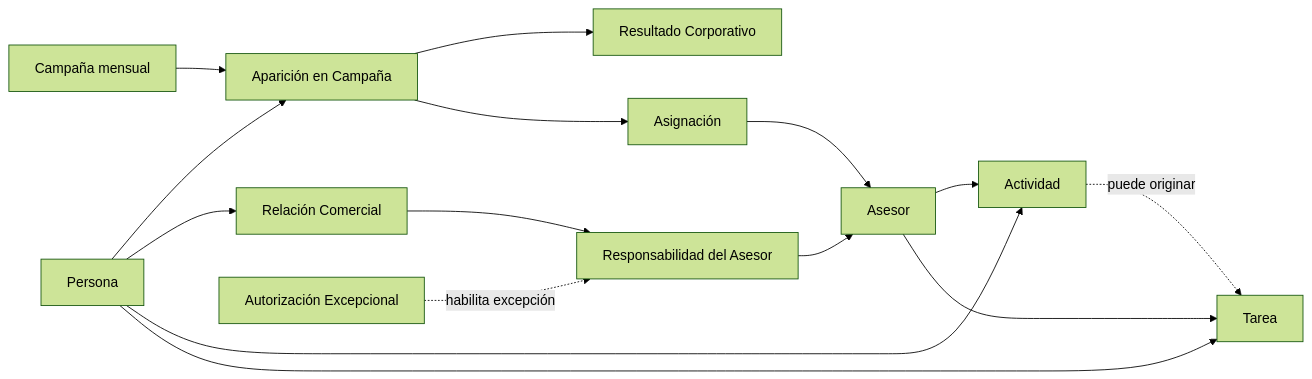
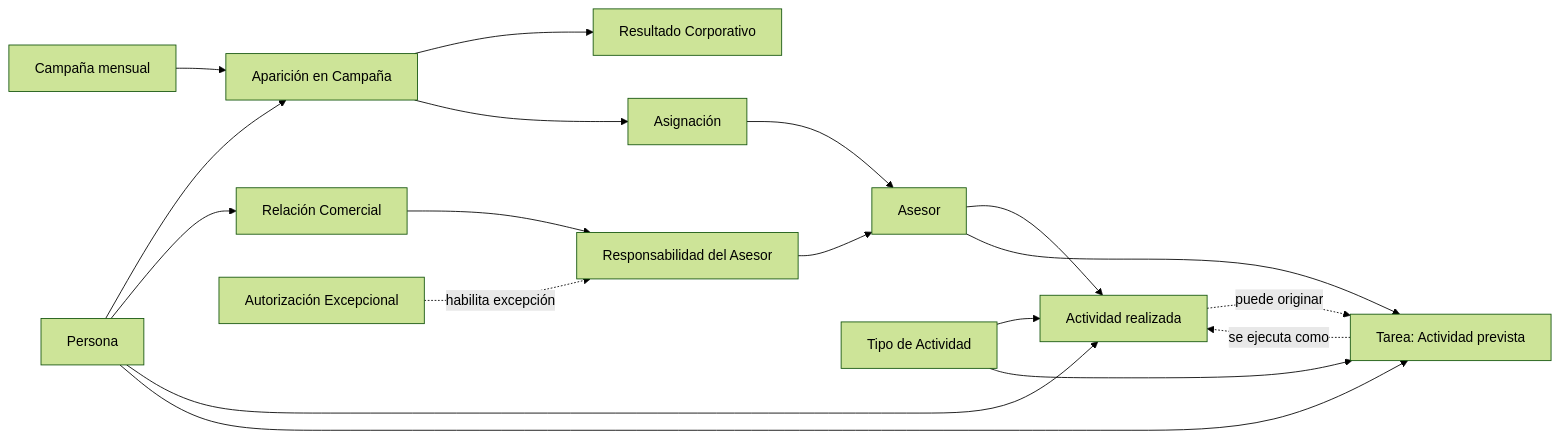
Before and after one commit to guilledpn/KNwS7F_2a2LZ7MS: the diagram in docs/domain/commercial-model.md, drawn with Mermaid (forest theme). The commit also changed other lines of this file, not shown here.

````diff
--- a/docs/domain/commercial-model.md
+++ b/docs/domain/commercial-model.md
@@ -47,31 +48,35 @@
 ```mermaid
 flowchart LR
     PERSONA[Persona]
     CAMPANIA[Campaña mensual]
     APARICION[Aparición en Campaña]
     RESULTADO[Resultado Corporativo]
     ASIGNACION[Asignación]
     ASESOR[Asesor]
     RELACION[Relación Comercial]
     RESPONSABILIDAD[Responsabilidad del Asesor]
     AUTORIZACION[Autorización Excepcional]
-    ACTIVIDAD[Actividad]
-    TAREA[Tarea]
+    TIPO[Tipo de Actividad]
+    ACTIVIDAD[Actividad realizada]
+    TAREA[Tarea: Actividad prevista]
 
     PERSONA --> APARICION
     CAMPANIA --> APARICION
     APARICION --> RESULTADO
     APARICION --> ASIGNACION
     ASIGNACION --> ASESOR
 
     PERSONA --> RELACION
     RELACION --> RESPONSABILIDAD
     RESPONSABILIDAD --> ASESOR
     AUTORIZACION -. habilita excepción .-> RESPONSABILIDAD
 
+    TIPO --> ACTIVIDAD
+    TIPO --> TAREA
     PERSONA --> ACTIVIDAD
     ASESOR --> ACTIVIDAD
     PERSONA --> TAREA
     ASESOR --> TAREA
     ACTIVIDAD -. puede originar .-> TAREA
+    TAREA -. se ejecuta como .-> ACTIVIDAD
 ```
````
